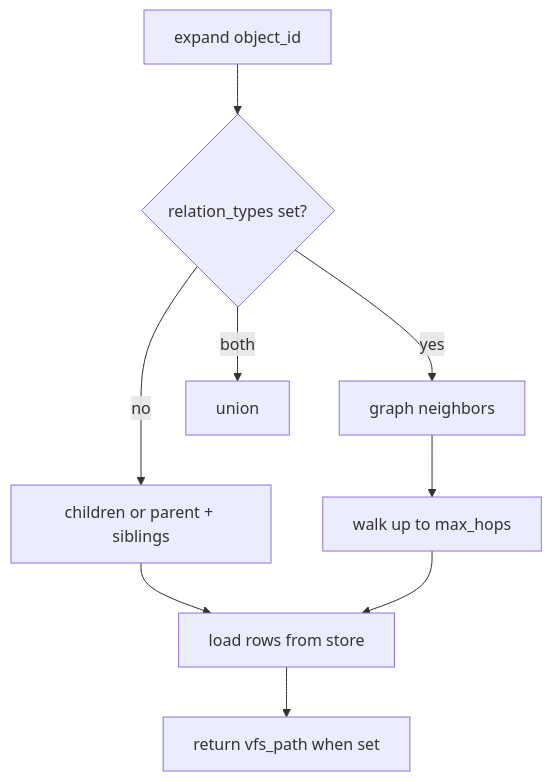
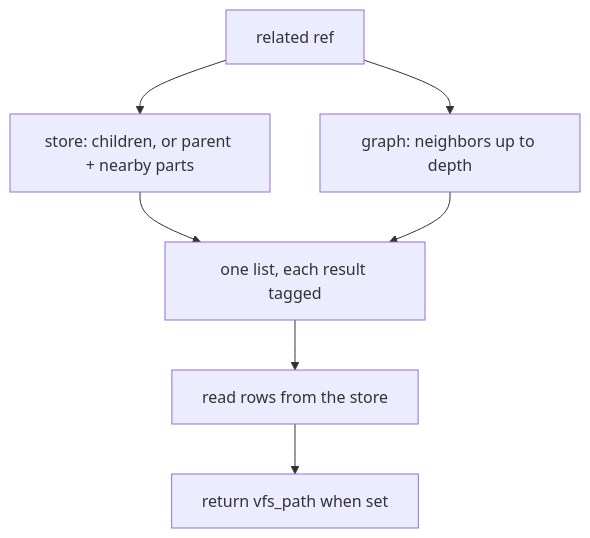
One commit to Ryanaldo34/tacklr changed the seventh of 7 diagrams in docs/knowledge.md. Above: the diagram before and after it, drawn with Mermaid. The commit also changed other lines of this file and 132 other files, not shown here.

````diff
--- a/docs/knowledge.md
+++ b/docs/knowledge.md
@@ -582,12 +619,10 @@
 ```mermaid
 flowchart TD
-    Seed["expand object_id"]
-    Seed --> Rel{relation_types set?}
-    Rel -->|no| Cont[children or parent + siblings]
-    Rel -->|yes| G[graph neighbors]
-    Rel -->|both| Mix[union]
-    Cont --> Hyd[load rows from store]
-    G --> Walk[walk up to max_hops]
-    Walk --> Hyd
+    Seed["related ref"]
+    Seed --> Cont[store: children, or parent + nearby parts]
+    Seed --> G[graph: neighbors up to depth]
+    Cont --> Fuse[one list, each result tagged]
+    G --> Fuse
+    Fuse --> Hyd[read rows from the store]
     Hyd --> Paths[return vfs_path when set]
 ```
````
